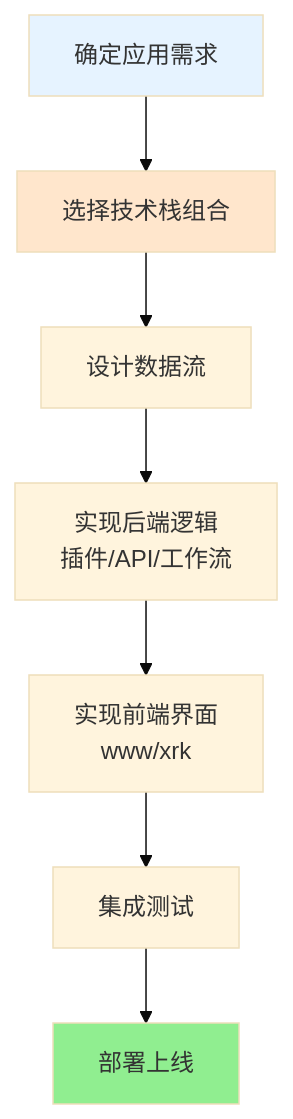
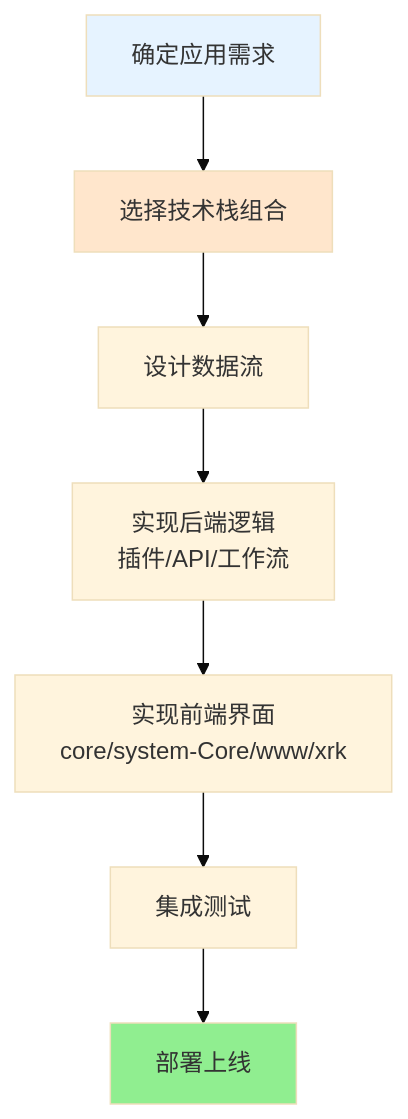
The ninth of 9 diagrams in docs/app-dev.md (sunflowermm/XRK-AGT), drawn with Mermaid (base theme) before and after one commit. The commit also changed other lines of this file and 116 other files, not shown here.

````diff
--- a/docs/app-dev.md
+++ b/docs/app-dev.md
@@ -580,13 +582,13 @@
 ```mermaid
 flowchart TB
     A["确定应用需求"] --> B["选择技术栈组合"]
     B --> C["设计数据流"]
     C --> D["实现后端逻辑<br/>插件/API/工作流"]
-    D --> E["实现前端界面<br/>www/xrk"]
+    D --> E["实现前端界面<br/>core/system-Core/www/xrk"]
     E --> F["集成测试"]
     F --> G["部署上线"]
     
     style A fill:#E6F3FF
     style B fill:#FFE6CC
     style G fill:#90EE90
 ```
````
